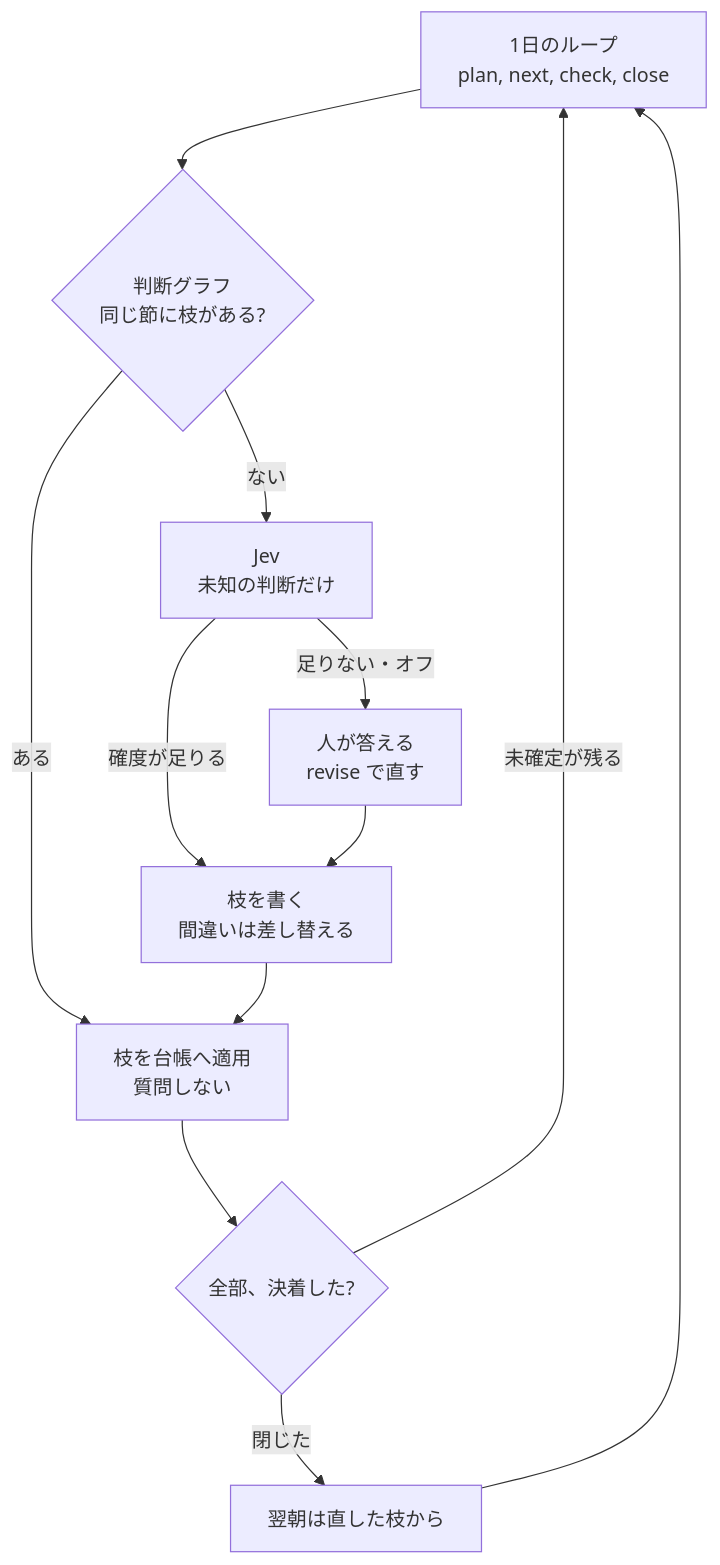
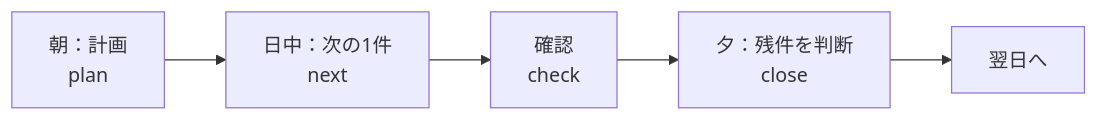
One commit to awano27/dayloop changed the diagram in README.md. Above: the diagram before and after it, drawn with Mermaid. The commit also changed other lines of this file, not shown here.

````diff
--- a/README.md
+++ b/README.md
@@ -5,23 +48,7 @@
 ```mermaid
-flowchart TD
-  day["1日のループ<br>plan, next, check, close"]
-  decide{"判断グラフ<br>同じ節に枝がある?"}
-  known["枝を台帳へ適用<br>質問しない"]
-  ask["Jev<br>未知の判断だけ"]
-  person["人が答える<br>revise で直す"]
-  edge["枝を書く<br>間違いは差し替える"]
-  done{"全部、決着した?"}
-  morning["翌朝は直した枝から"]
-
-  day --> decide
-  decide -->|ある| known
-  decide -->|ない| ask
-  ask -->|確度が足りる| edge
-  ask -->|足りない・オフ| person
-  person --> edge
-  edge --> known
-  known --> done
-  done -->|未確定が残る| day
-  done -->|閉じた| morning
-  morning --> day
+flowchart LR
+  plan["朝：計画<br/>plan"] --> next["日中：次の1件<br/>next"]
+  next --> check["確認<br/>check"]
+  check --> close["夕：残件を判断<br/>close"]
+  close --> tomorrow["翌日へ"]
 ```
````
